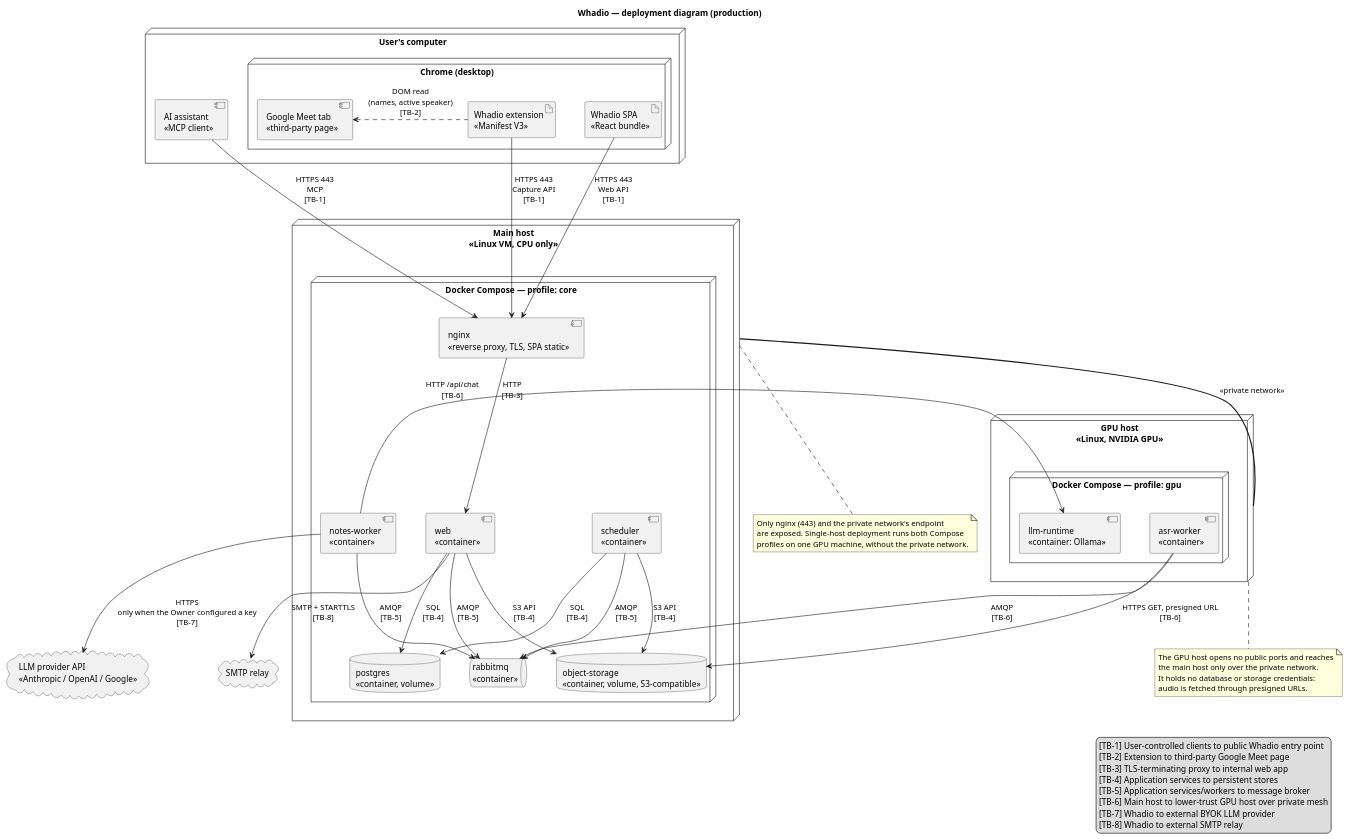
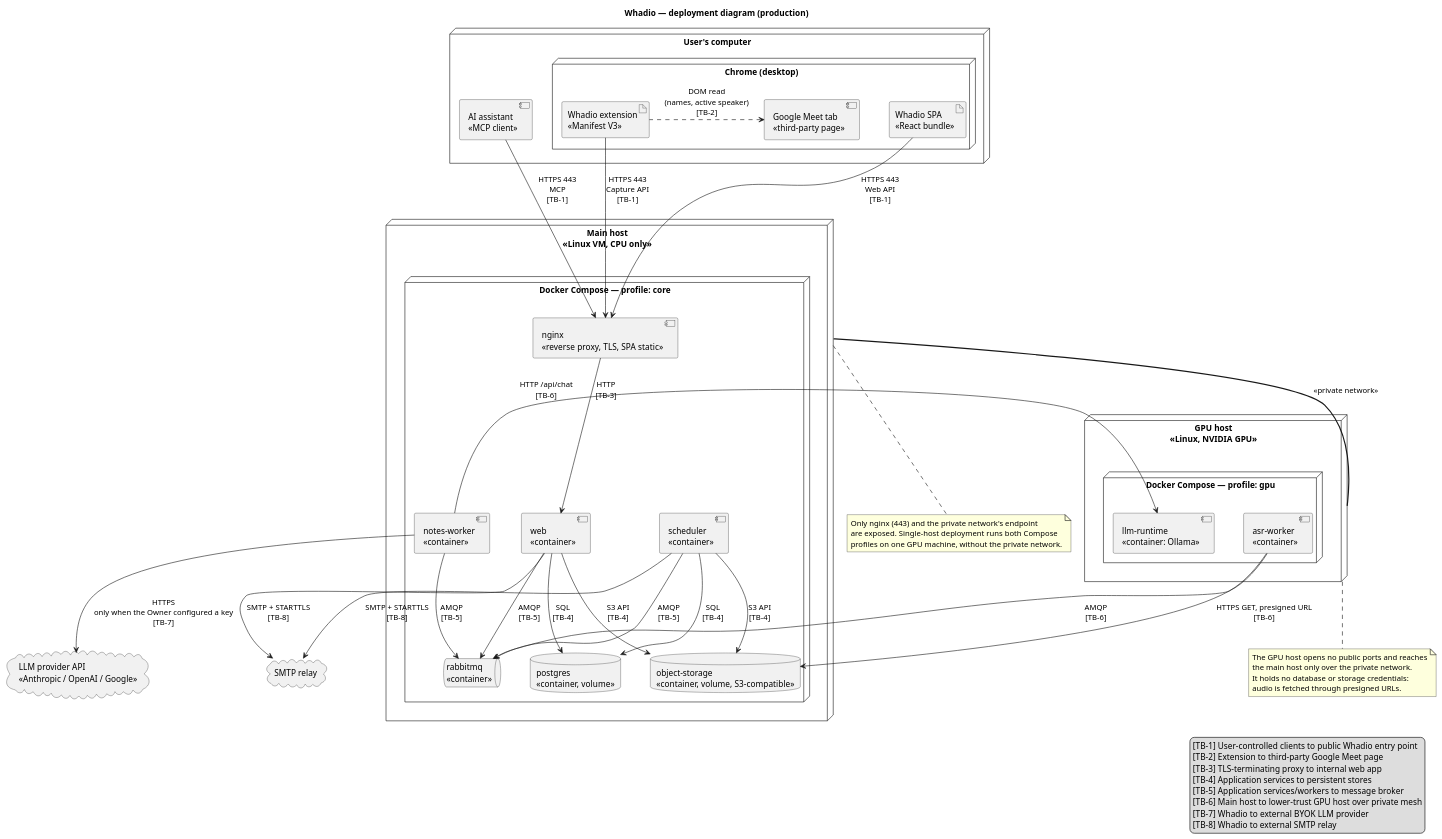
The diagram in docs/architecture/uml/deployment-diagram.puml (ukma-fin-ssdm-2026/Whadio), drawn with PlantUML before and after one commit. The commit also changed 3 other files, not shown here.

```diff
--- a/docs/architecture/uml/deployment-diagram.puml
+++ b/docs/architecture/uml/deployment-diagram.puml
@@ -1,87 +1,88 @@
 @startuml deployment-diagram
 title Whadio — deployment diagram (production)
 
 skinparam nodesep 50
 skinparam ranksep 70
 
 node "User's computer" as pc {
   node "Chrome (desktop)" as chrome {
     artifact "Whadio extension\n<<Manifest V3>>" as ext
     component "Google Meet tab\n<<third-party page>>" as meet
     artifact "Whadio SPA\n<<React bundle>>" as spa
   }
   component "AI assistant\n<<MCP client>>" as mcpClient
 }
 
 node "Main host\n<<Linux VM, CPU only>>" as main {
   node "Docker Compose — profile: core" as composeCore {
     component "nginx\n<<reverse proxy, TLS, SPA static>>" as nginx
     component "web\n<<container>>" as web
     component "scheduler\n<<container>>" as scheduler
     component "notes-worker\n<<container>>" as notesWorker
     queue "rabbitmq\n<<container>>" as mq
     database "postgres\n<<container, volume>>" as db
     database "object-storage\n<<container, volume, S3-compatible>>" as store
   }
 }
 
 node "GPU host\n<<Linux, NVIDIA GPU>>" as gpu {
   node "Docker Compose — profile: gpu" as composeGpu {
     component "asr-worker\n<<container>>" as asrWorker
     component "llm-runtime\n<<container: Ollama>>" as llm
   }
 }
 
 cloud "LLM provider API\n<<Anthropic / OpenAI / Google>>" as provider
 cloud "SMTP relay" as smtp
 
 ' --- Clients: nginx is the only public entry point ---
 ext --> nginx : HTTPS 443\nCapture API\n[TB-1]
 spa --> nginx : HTTPS 443\nWeb API\n[TB-1]
 mcpClient --> nginx : HTTPS 443\nMCP\n[TB-1]
 ext .left.> meet : DOM read\n(names, active speaker)\n[TB-2]
 
 ' --- Inside the main host ---
 nginx --> web : HTTP\n[TB-3]
 web --> db : SQL\n[TB-4]
 web --> store : S3 API\n[TB-4]
 web --> mq : AMQP\n[TB-5]
 scheduler --> db : SQL\n[TB-4]
 scheduler --> store : S3 API\n[TB-4]
 scheduler --> mq : AMQP\n[TB-5]
 notesWorker --> mq : AMQP\n[TB-5]
 
 ' --- Between the hosts: everything travels over the private network ---
 gpu == main : <<private network>>
 asrWorker --> mq : AMQP\n[TB-6]
 asrWorker --> store : HTTPS GET, presigned URL\n[TB-6]
 notesWorker --> llm : HTTP /api/chat\n[TB-6]
 
 ' --- Egress to third parties ---
 notesWorker --> provider : HTTPS\nonly when the Owner configured a key\n[TB-7]
 web --> smtp : SMTP + STARTTLS\n[TB-8]
+scheduler --> smtp : SMTP + STARTTLS\n[TB-8]
 
 note bottom of gpu
   The GPU host opens no public ports and reaches
   the main host only over the private network.
   It holds no database or storage credentials:
   audio is fetched through presigned URLs.
 end note
 
 note bottom of main
   Only nginx (443) and the private network's endpoint
   are exposed. Single-host deployment runs both Compose
   profiles on one GPU machine, without the private network.
 end note
 
 legend right
   [TB-1] User-controlled clients to public Whadio entry point
   [TB-2] Extension to third-party Google Meet page
   [TB-3] TLS-terminating proxy to internal web app
   [TB-4] Application services to persistent stores
   [TB-5] Application services/workers to message broker
   [TB-6] Main host to lower-trust GPU host over private mesh
   [TB-7] Whadio to external BYOK LLM provider
   [TB-8] Whadio to external SMTP relay
 endlegend
 @enduml
```
